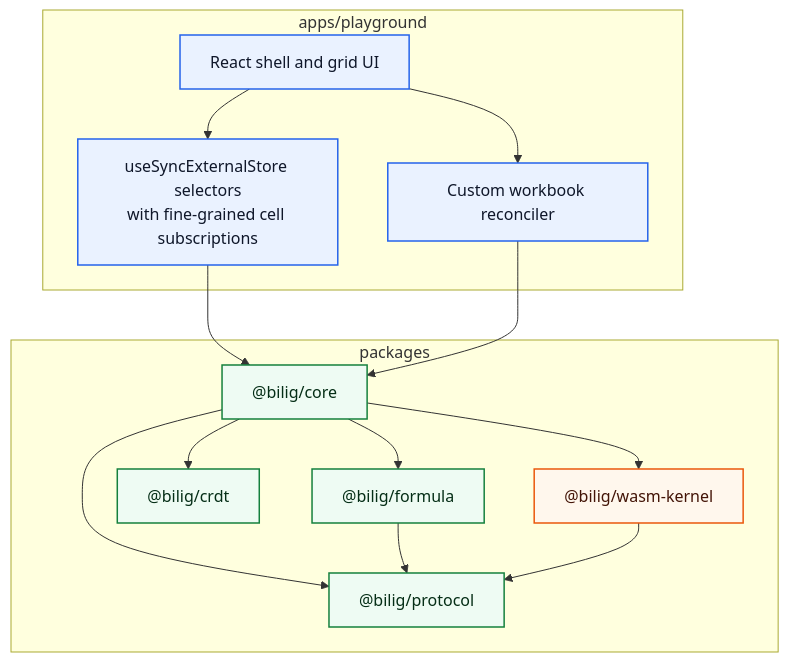
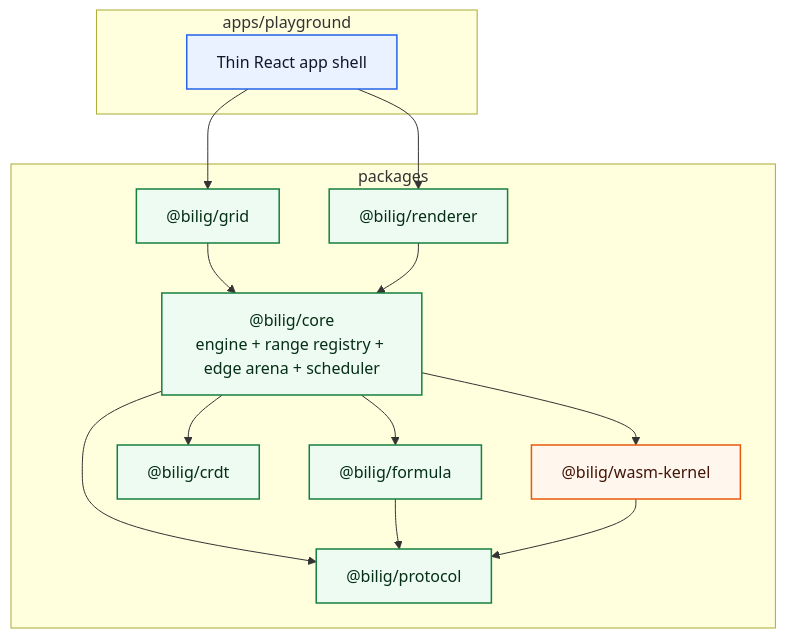
One commit to proompteng/bilig changed the first of 2 diagrams in docs/architecture.md. Above: the diagram before and after it, drawn with Mermaid. The commit also changed other lines of this file and 60 other files, not shown here.

Commit message:
Extract renderer and grid packages with coverage gates

````diff
--- a/docs/architecture.md
+++ b/docs/architecture.md
@@ -3,35 +3,35 @@
 ```mermaid
 flowchart TB
   classDef react fill:#eaf2ff,stroke:#2563eb,color:#0f172a,stroke-width:1.5px
   classDef core fill:#eefbf3,stroke:#15803d,color:#052e16,stroke-width:1.5px
   classDef wasm fill:#fff7ed,stroke:#ea580c,color:#431407,stroke-width:1.5px
 
   subgraph PG["apps/playground"]
-    UI["React shell and grid UI"]
-    HOOKS["useSyncExternalStore selectors<br/>with fine-grained cell subscriptions"]
-    REC["Custom workbook reconciler"]
+    APP["Thin React app shell"]
   end
 
   subgraph PKG["packages"]
-    CORE["@bilig/core"]
+    CORE["@bilig/core<br/>engine + range registry + edge arena + scheduler"]
     FORMULA["@bilig/formula"]
     CRDT["@bilig/crdt"]
     PROTOCOL["@bilig/protocol"]
+    RENDERER["@bilig/renderer"]
+    UI["@bilig/grid"]
     WASM["@bilig/wasm-kernel"]
   end
 
-  UI --> HOOKS
-  HOOKS --> CORE
-  UI --> REC
-  REC --> CORE
+  APP --> UI
+  APP --> RENDERER
+  UI --> CORE
+  RENDERER --> CORE
   CORE --> FORMULA
   CORE --> CRDT
   CORE --> PROTOCOL
   CORE --> WASM
   FORMULA --> PROTOCOL
   WASM --> PROTOCOL
 
-  class UI,HOOKS,REC react
-  class CORE,FORMULA,CRDT,PROTOCOL core
+  class APP react
+  class CORE,FORMULA,CRDT,PROTOCOL,RENDERER,UI core
   class WASM wasm
 ```
````
